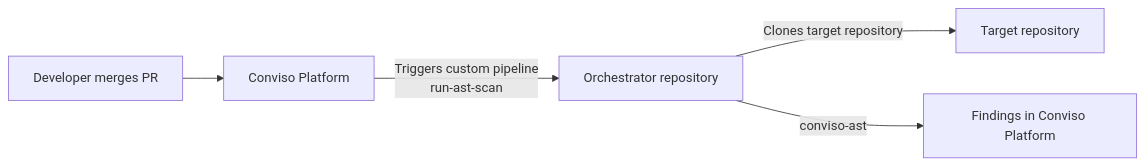
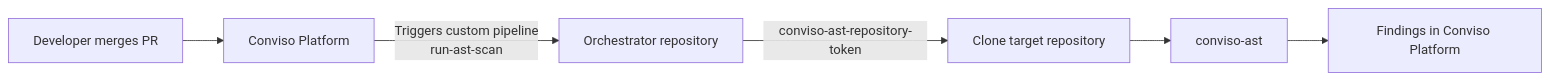
One commit to convisoappsec/conviso-docs changed the diagram in docs/integrations/bitbucket-ast-orchestrator.md. Above: the diagram before and after it, drawn with Mermaid. The commit also changed other lines of this file and 6 other files, not shown here.

````diff
--- a/docs/integrations/bitbucket-ast-orchestrator.md
+++ b/docs/integrations/bitbucket-ast-orchestrator.md
@@ -23,7 +23,8 @@
 ```mermaid
 flowchart LR
     A[Developer merges PR] --> B[Conviso Platform]
     B -->|Triggers custom pipeline<br/>run-ast-scan| C[Orchestrator repository]
-    C -->|Clones target repository| D[Target repository]
-    C -->|conviso-ast| E[Findings in Conviso Platform]
+    C -->|conviso-ast-repository-token| D[Clone target repository]
+    D --> E[conviso-ast]
+    E --> F[Findings in Conviso Platform]
 ```
````
